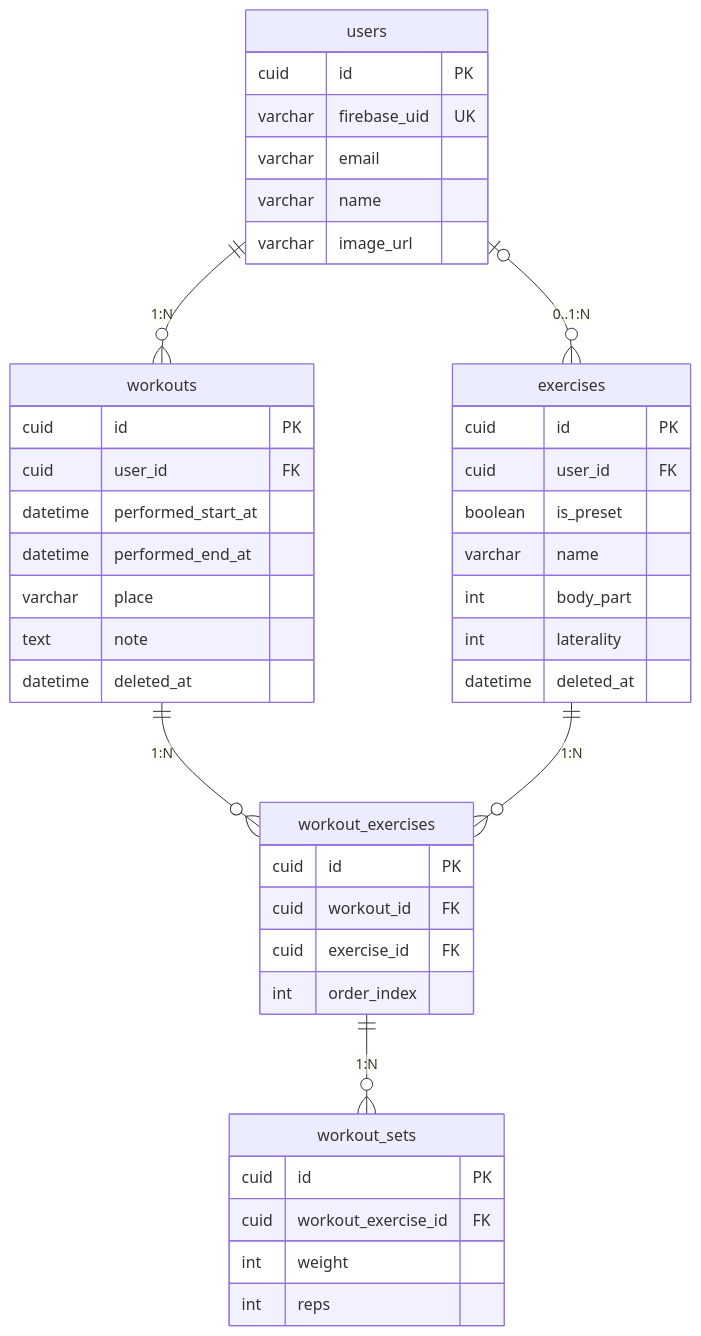
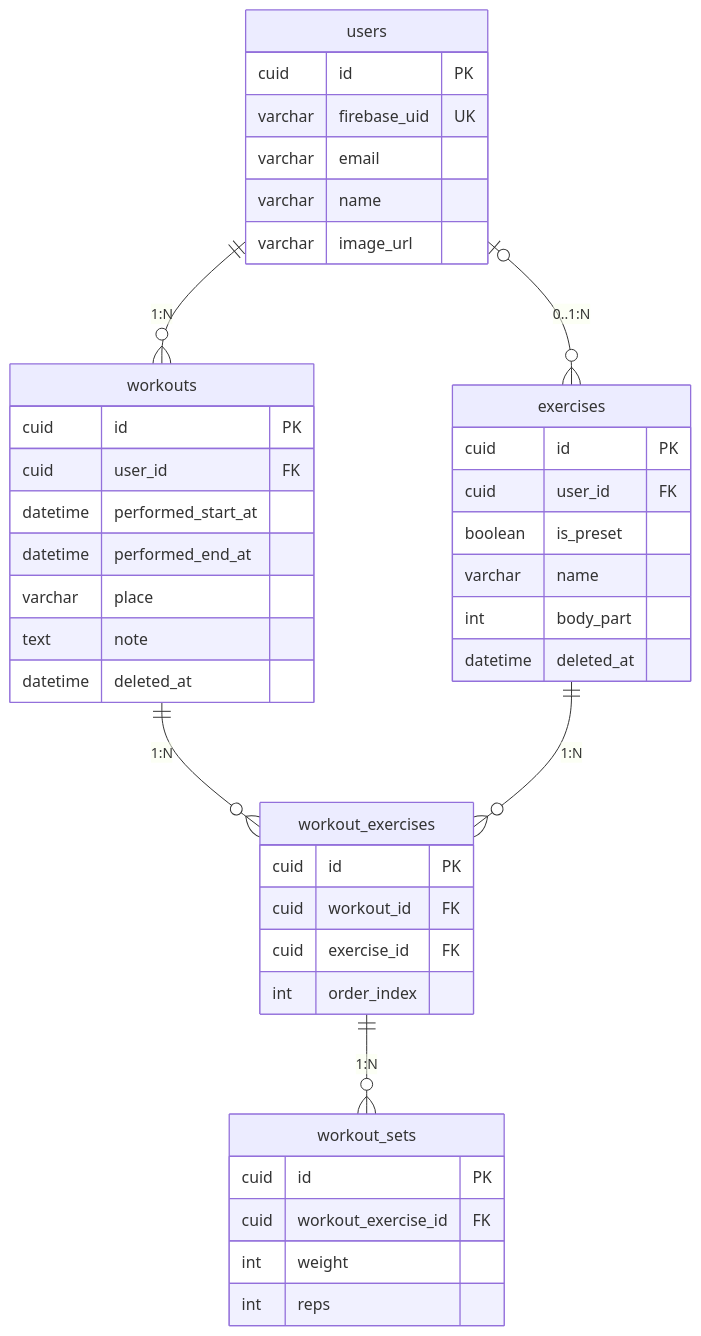
The diagram in docs/db-table-structure.md (ANTON072/gym-note-api-ts), drawn with Mermaid before and after one commit. The commit also changed other lines of this file and 17 other files, not shown here.

````diff
--- a/docs/db-table-structure.md
+++ b/docs/db-table-structure.md
@@ -55,50 +55,49 @@
 ```mermaid
 erDiagram
     users ||--o{ workouts : "1:N"
     users |o--o{ exercises : "0..1:N"
     workouts ||--o{ workout_exercises : "1:N"
     exercises ||--o{ workout_exercises : "1:N"
     workout_exercises ||--o{ workout_sets : "1:N"
 
     users {
         cuid id PK
         varchar firebase_uid UK
         varchar email
         varchar name
         varchar image_url
     }
 
     workouts {
         cuid id PK
         cuid user_id FK
         datetime performed_start_at
         datetime performed_end_at
         varchar place
         text note
         datetime deleted_at
     }
 
     exercises {
         cuid id PK
         cuid user_id FK
         boolean is_preset
         varchar name
         int body_part
-        int laterality
         datetime deleted_at
     }
 
     workout_exercises {
         cuid id PK
         cuid workout_id FK
         cuid exercise_id FK
         int order_index
     }
 
     workout_sets {
         cuid id PK
         cuid workout_exercise_id FK
         int weight
         int reps
     }
 ```
````
